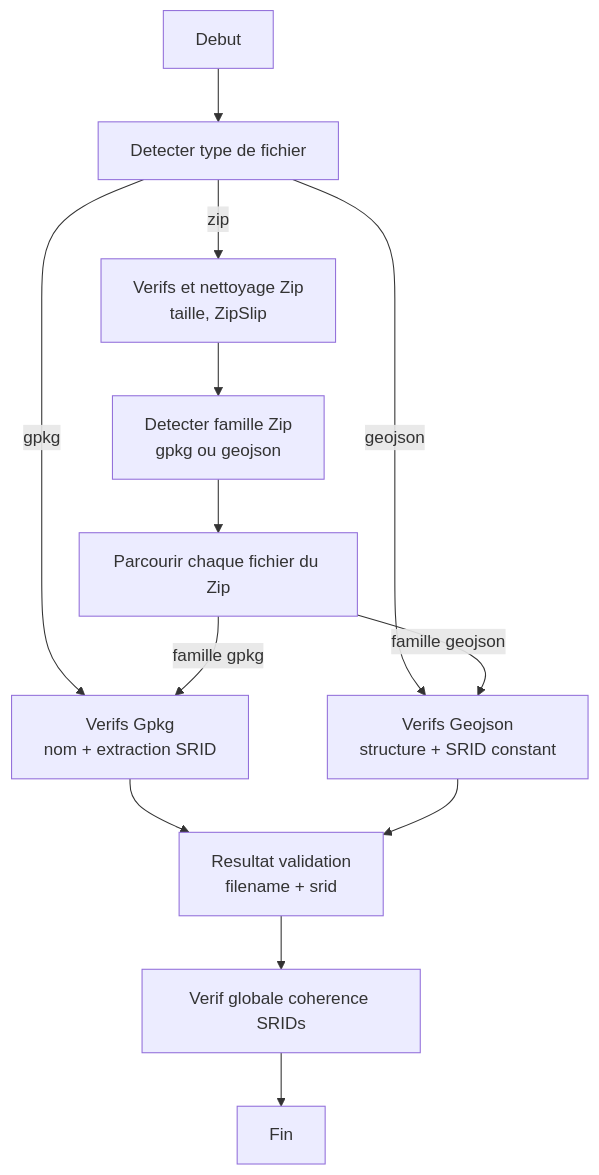
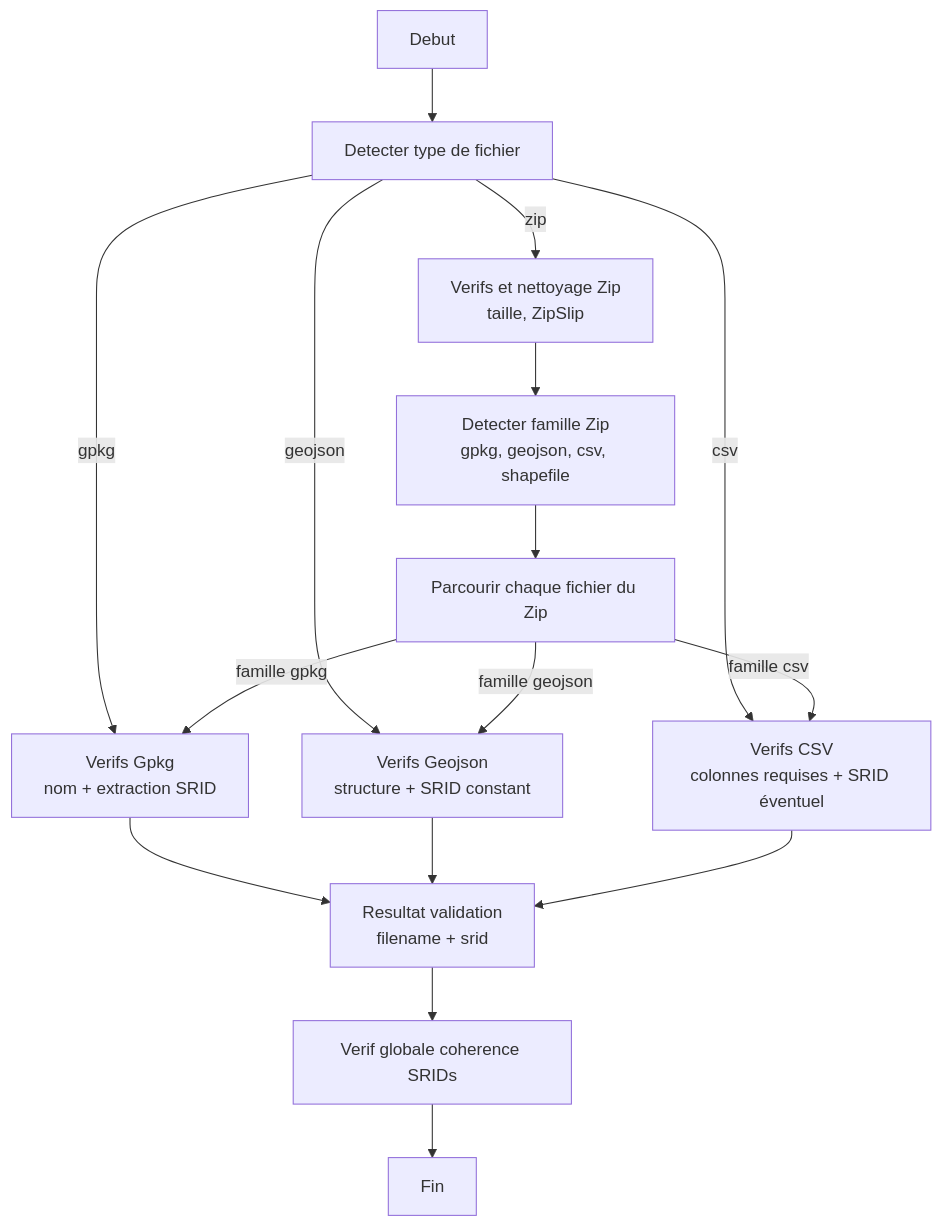
The second of 2 diagrams in docs/developer/file-uploader/README.md (IGNF/cartes.gouv.fr), drawn with Mermaid before and after one commit. The commit also changed other lines of this file and 6 other files, not shown here.

````diff
--- a/docs/developer/file-uploader/README.md
+++ b/docs/developer/file-uploader/README.md
@@ -43,28 +43,32 @@
 ```mermaid
 flowchart TD
     Begin["Debut"] --> DetectType["Detecter type de fichier"]
 
     GpkgChecks["Verifs Gpkg<br>nom + extraction SRID"]
     GeojsonChecks["Verifs Geojson<br>structure + SRID constant"]
+    CsvChecks["Verifs CSV<br>colonnes requises + SRID éventuel"]
     ZipChecks["Verifs et nettoyage Zip<br>taille, ZipSlip"]
-    DetectFamily["Detecter famille Zip<br>gpkg ou geojson"]
+    DetectFamily["Detecter famille Zip<br>gpkg, geojson, csv, shapefile"]
 
     DetectType -->|gpkg| GpkgChecks
     DetectType -->|geojson| GeojsonChecks
+    DetectType -->|csv| CsvChecks
     DetectType -->|zip| ZipChecks
 
     ZipChecks --> DetectFamily
     DetectFamily --> IterateZip["Parcourir chaque fichier du Zip"]
 
     IterateZip -->|famille gpkg| GpkgChecks
     IterateZip -->|famille geojson| GeojsonChecks
+    IterateZip -->|famille csv| CsvChecks
 
     Result["Resultat validation<br>filename + srid"]
     GpkgChecks --> Result
     GeojsonChecks --> Result
+    CsvChecks --> Result
 
     GlobalSridCheck["Verif globale coherence SRIDs"]
     Result --> GlobalSridCheck
 
     GlobalSridCheck --> End["Fin"]
 ```
````
